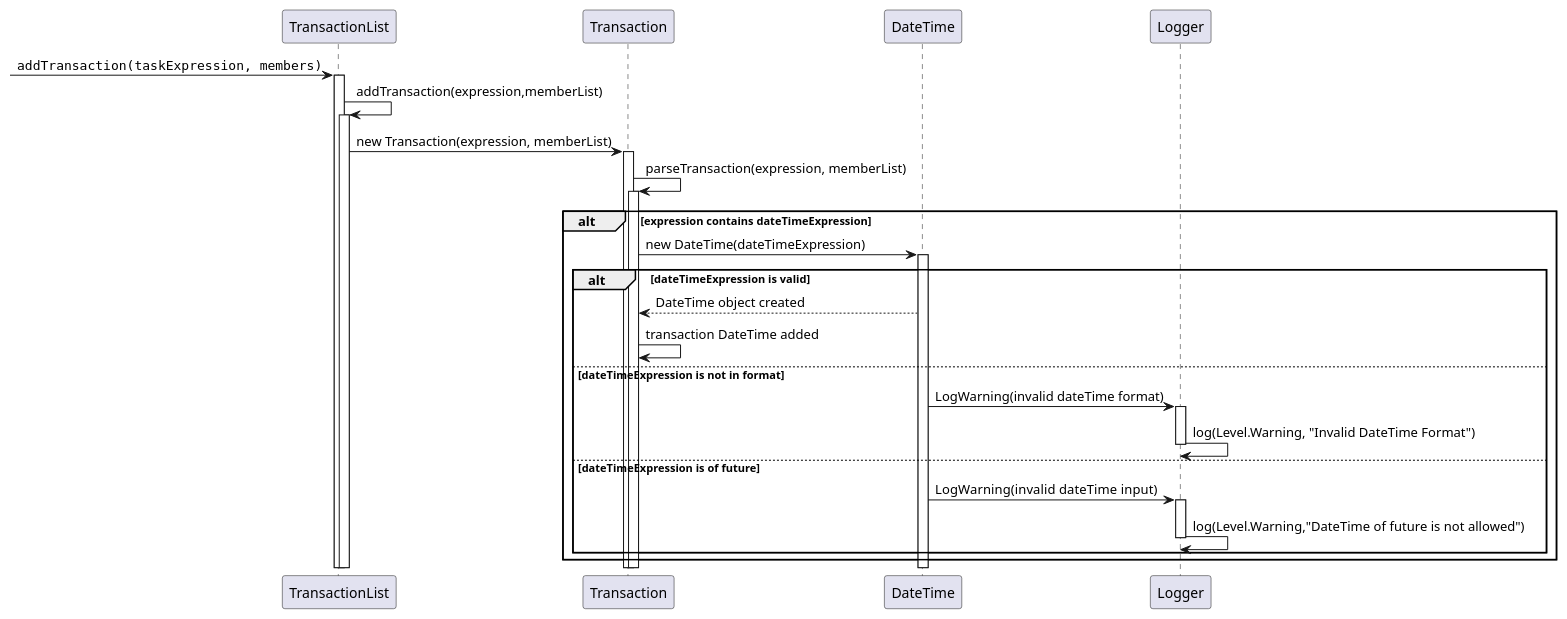
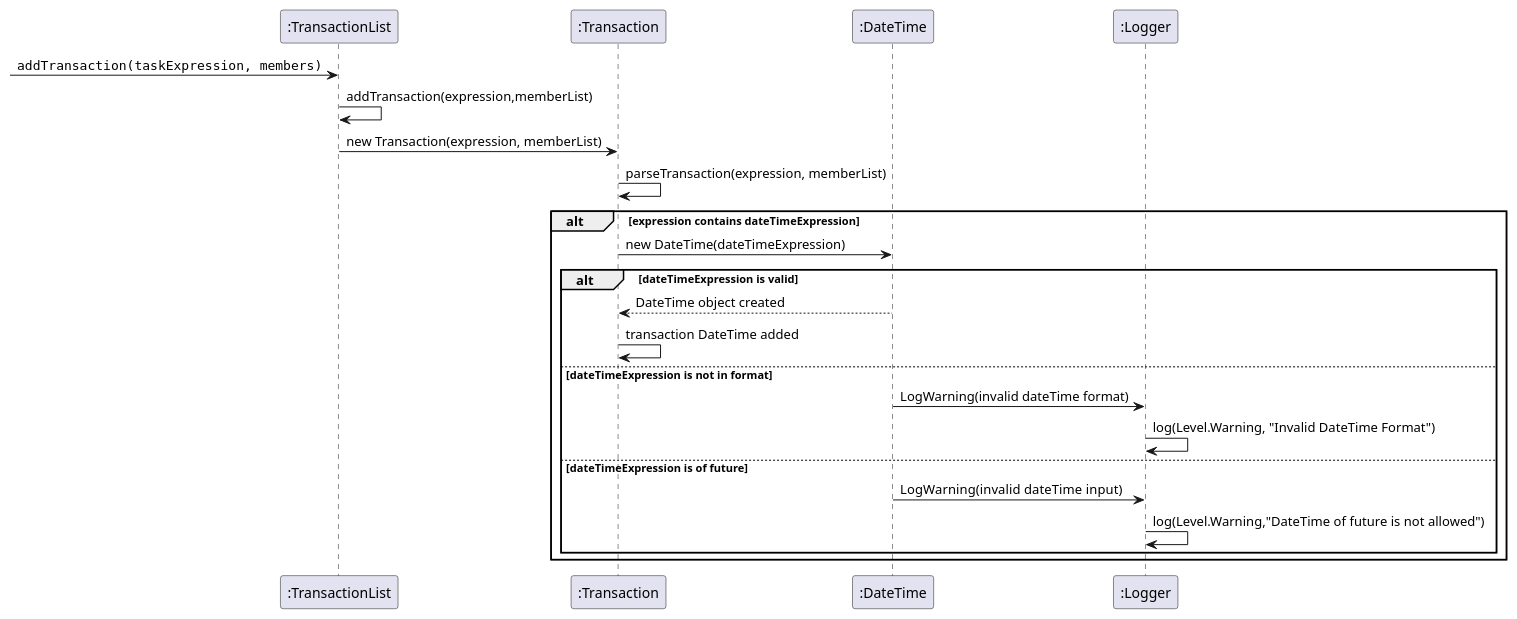
The diagram in docs/diagrams/addDateTimeforDatedTransaction.puml (AY2324S2-CS2113-T15-1/tp), drawn with PlantUML before and after one commit. The commit also changed 7 other files, not shown here.

```diff
--- a/docs/diagrams/addDateTimeforDatedTransaction.puml
+++ b/docs/diagrams/addDateTimeforDatedTransaction.puml
@@ -1,32 +1,23 @@
 @startuml
-participant TransactionList as Foo1
-participant Transaction as Foo2
-participant DateTime as Foo3
-participant Logger as Foo4
+participant ":TransactionList" as Foo1
+participant ":Transaction" as Foo2
+participant ":DateTime" as Foo3
+participant ":Logger" as Foo4
 [->      Foo1 : ""addTransaction(taskExpression, members)""
-activate Foo1
 Foo1 -> Foo1:addTransaction(expression,memberList)
-activate Foo1
 Foo1 -> Foo2: new Transaction(expression, memberList)
-activate Foo2
 Foo2 -> Foo2:parseTransaction(expression, memberList)
-activate Foo2
 alt expression contains dateTimeExpression
     Foo2 -> Foo3:new DateTime(dateTimeExpression)
-    activate Foo3
     alt dateTimeExpression is valid
         Foo3 --> Foo2: DateTime object created
         Foo2 -> Foo2: transaction DateTime added
     else dateTimeExpression is not in format
         Foo3 -> Foo4:LogWarning(invalid dateTime format)
-        activate Foo4
         Foo4 -> Foo4: log(Level.Warning, "Invalid DateTime Format")
-        deactivate Foo4
    else dateTimeExpression is of future
         Foo3 -> Foo4: LogWarning(invalid  dateTime input)
-        activate Foo4
         Foo4 -> Foo4: log(Level.Warning,"DateTime of future is not allowed")
-        deactivate Foo4
    end
 end
 @enduml
```
